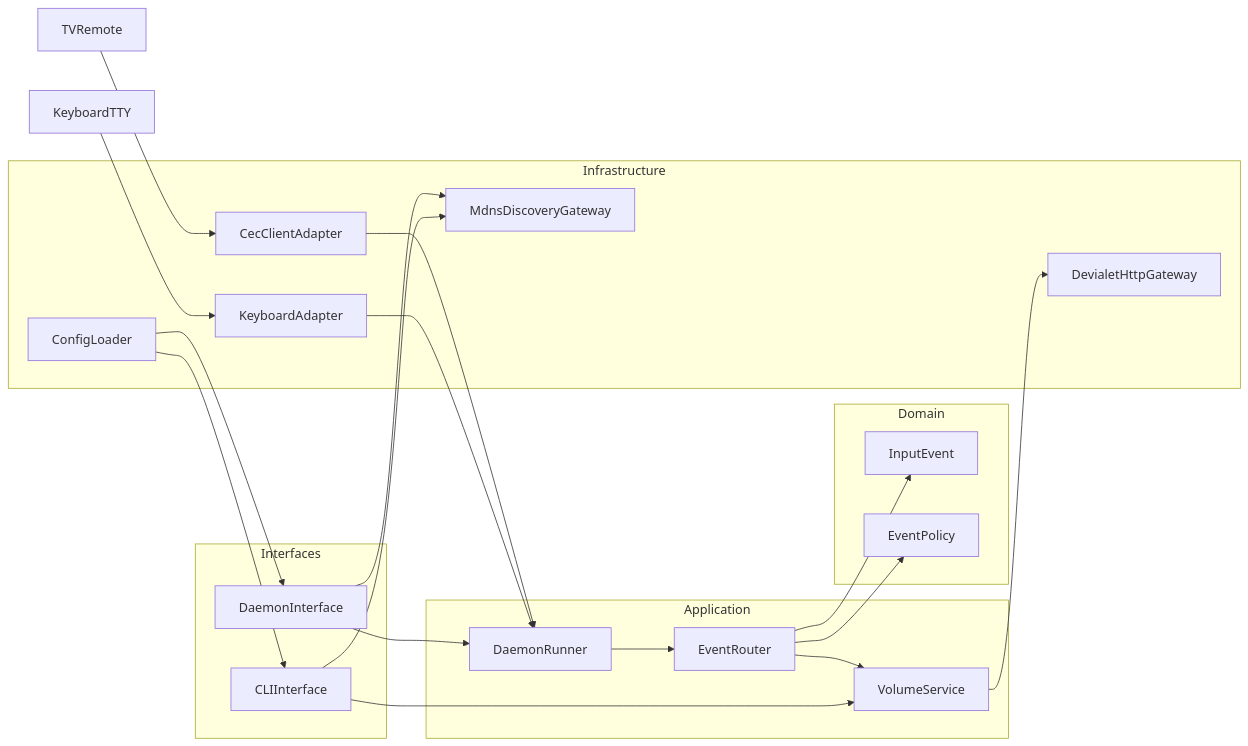
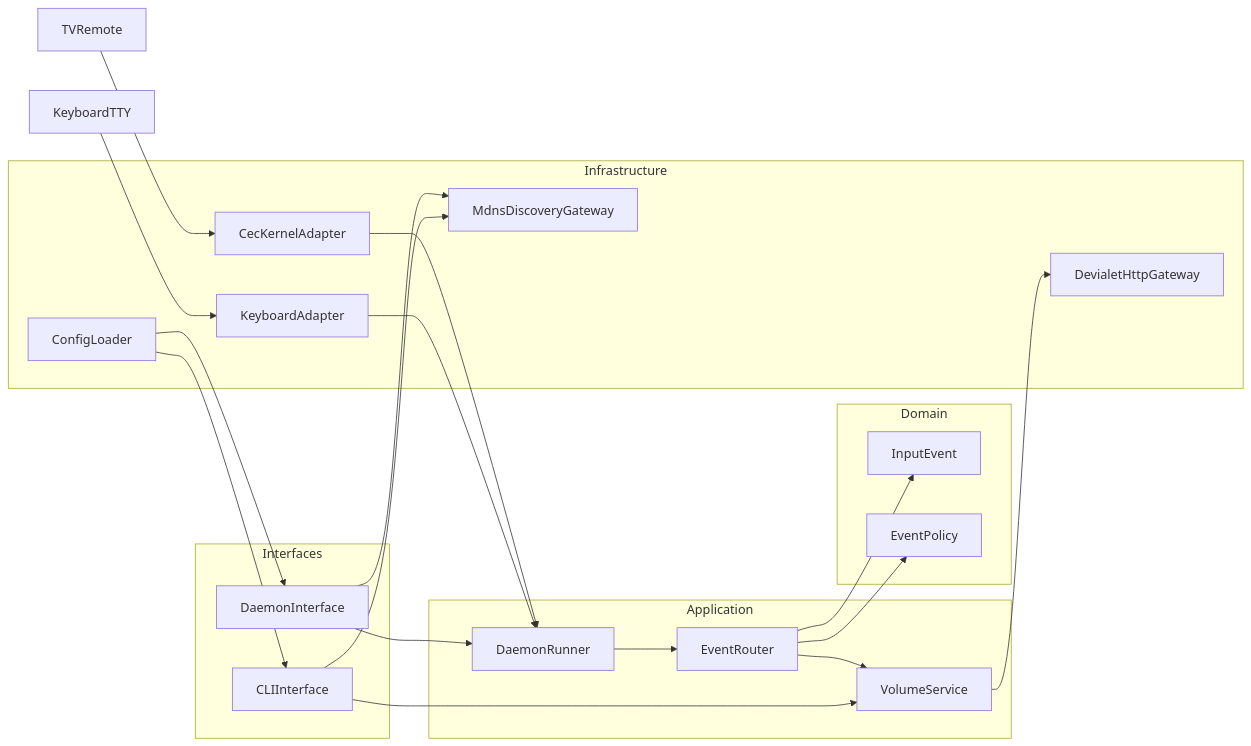
The first of 2 diagrams in ARCHITECTURE.md (clementperon/devialet-phantom-ctl), drawn with Mermaid before and after one commit. The commit also changed other lines of this file and 1 other file, not shown here.

````diff
--- a/ARCHITECTURE.md
+++ b/ARCHITECTURE.md
@@ -42,42 +42,42 @@
 ```mermaid
 flowchart LR
   subgraph interfacesLayer [Interfaces]
     cliInterface[CLIInterface]
     daemonInterface[DaemonInterface]
   end
 
   subgraph appLayer [Application]
     eventRouter[EventRouter]
     volumeService[VolumeService]
     daemonRunner[DaemonRunner]
   end
 
   subgraph domainLayer [Domain]
     inputEvent[InputEvent]
     repeatPolicy[EventPolicy]
   end
 
   subgraph infraLayer [Infrastructure]
-    cecAdapter[CecClientAdapter]
+    cecAdapter[CecKernelAdapter]
     keyboardAdapter[KeyboardAdapter]
     httpGateway[DevialetHttpGateway]
     mdnsGateway[MdnsDiscoveryGateway]
     configLoader[ConfigLoader]
   end
 
   tvRemote[TVRemote] --> cecAdapter
   keyboardInput[KeyboardTTY] --> keyboardAdapter
   cecAdapter --> daemonRunner
   keyboardAdapter --> daemonRunner
   daemonInterface --> daemonRunner
   daemonRunner --> eventRouter
   eventRouter --> repeatPolicy
   eventRouter --> inputEvent
   eventRouter --> volumeService
   cliInterface --> volumeService
   volumeService --> httpGateway
   daemonInterface --> mdnsGateway
   cliInterface --> mdnsGateway
   configLoader --> daemonInterface
   configLoader --> cliInterface
 ```
````
